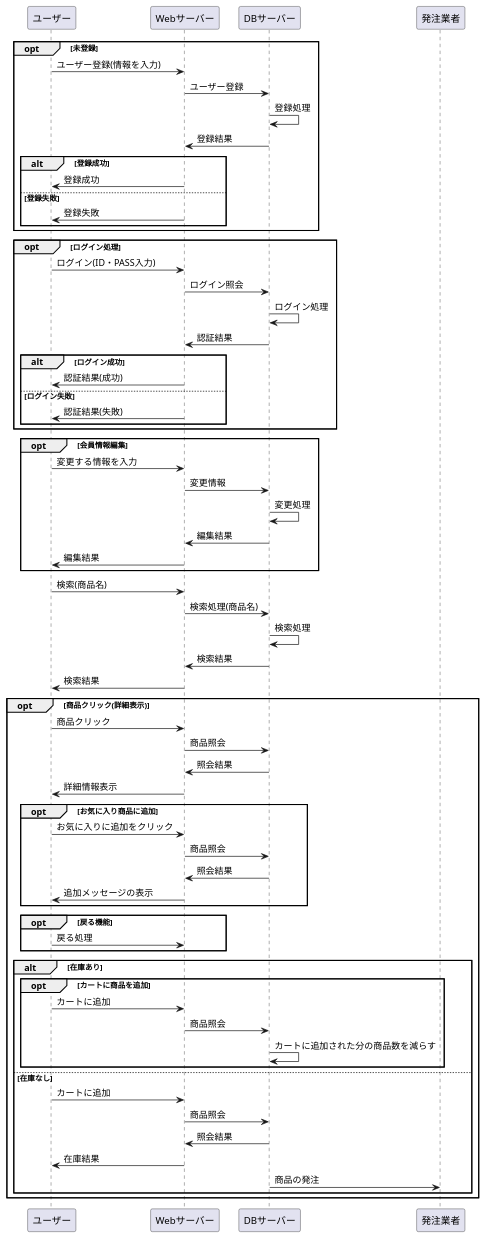
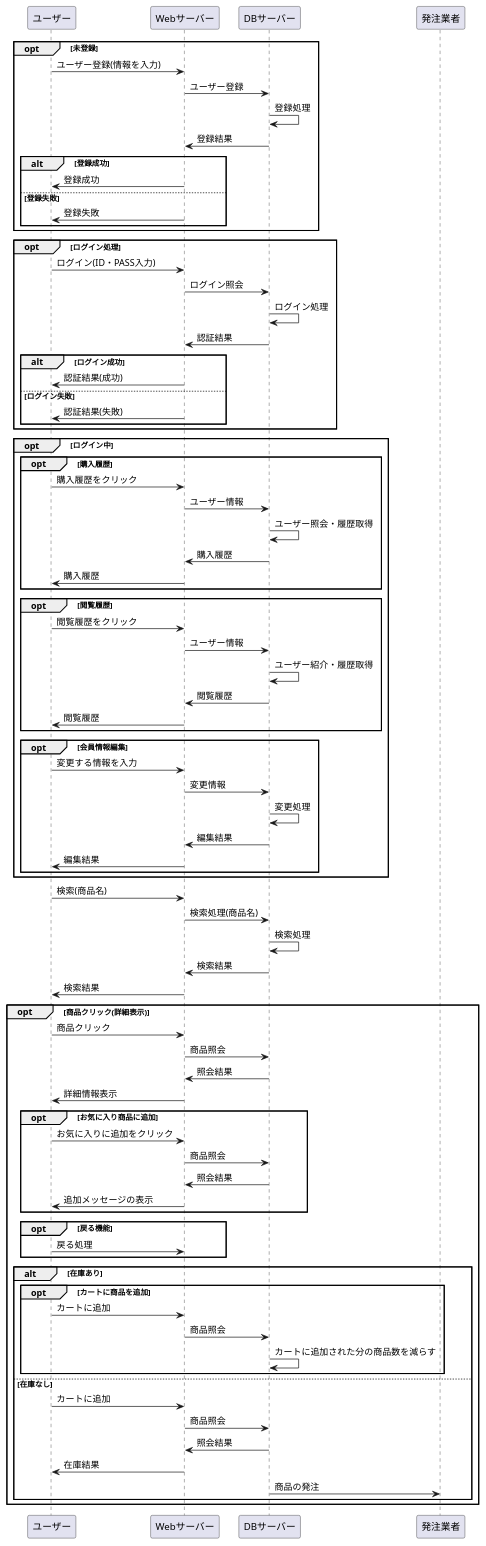
The diagram in システム開発/業務フロー.md (Aso2001163/2021sys-design-2), drawn with PlantUML before and after one commit.

````diff
--- a/システム開発/業務フロー.md
+++ b/システム開発/業務フロー.md
@@ -1,5 +1,6 @@
 ```uml
 @startuml
+
 opt 未登録
 ユーザー -> Webサーバー : ユーザー登録(情報を入力)
 Webサーバー -> DBサーバー : ユーザー登録
@@ -11,6 +12,7 @@
 else 登録失敗
 Webサーバー -> ユーザー : 登録失敗
 end
+
 end
 
 opt ログイン処理
@@ -24,6 +26,25 @@
 else ログイン失敗
 Webサーバー -> ユーザー : 認証結果(失敗)
 end
+
+end
+
+opt ログイン中
+
+opt 購入履歴
+ユーザー -> Webサーバー : 購入履歴をクリック
+Webサーバー -> DBサーバー :ユーザー情報
+DBサーバー -> DBサーバー : ユーザー照会・履歴取得
+DBサーバー -> Webサーバー : 購入履歴
+Webサーバー -> ユーザー : 購入履歴
+end
+
+opt 閲覧履歴
+ユーザー -> Webサーバー : 閲覧履歴をクリック
+Webサーバー -> DBサーバー :ユーザー情報
+DBサーバー -> DBサーバー : ユーザー紹介・履歴取得
+DBサーバー -> Webサーバー : 閲覧履歴
+Webサーバー -> ユーザー : 閲覧履歴
 end
 
 opt 会員情報編集
@@ -32,6 +53,8 @@
 DBサーバー -> DBサーバー : 変更処理
 DBサーバー -> Webサーバー : 編集結果
 Webサーバー -> ユーザー : 編集結果
+end
+
 end
 
 ユーザー -> Webサーバー : 検索(商品名)
````
